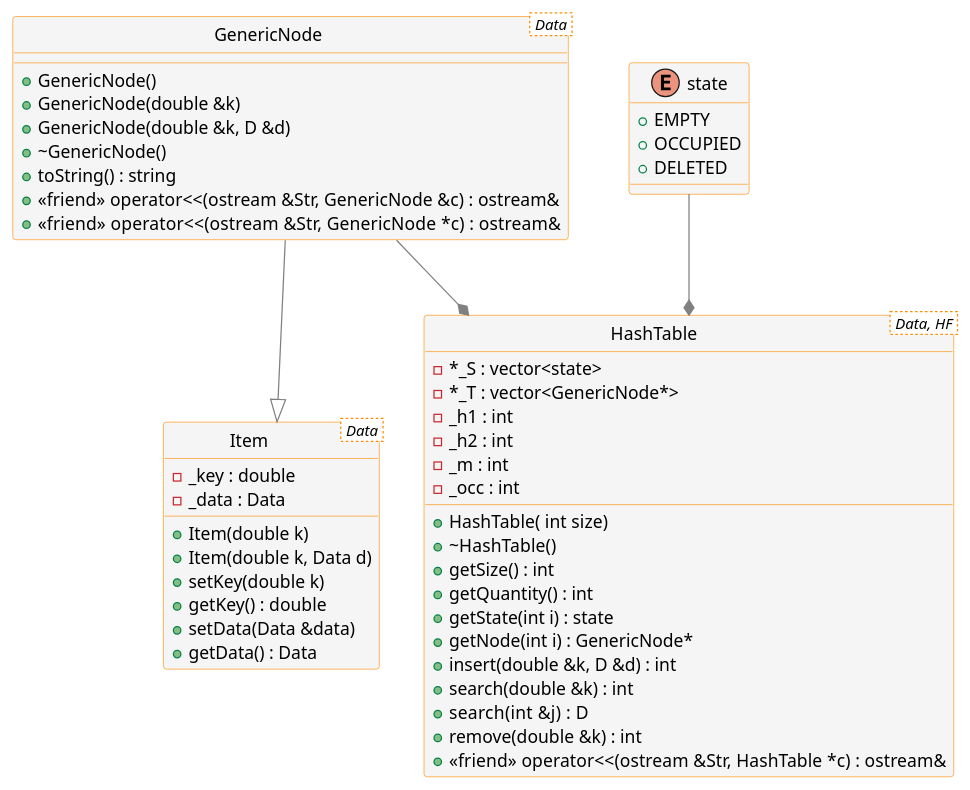
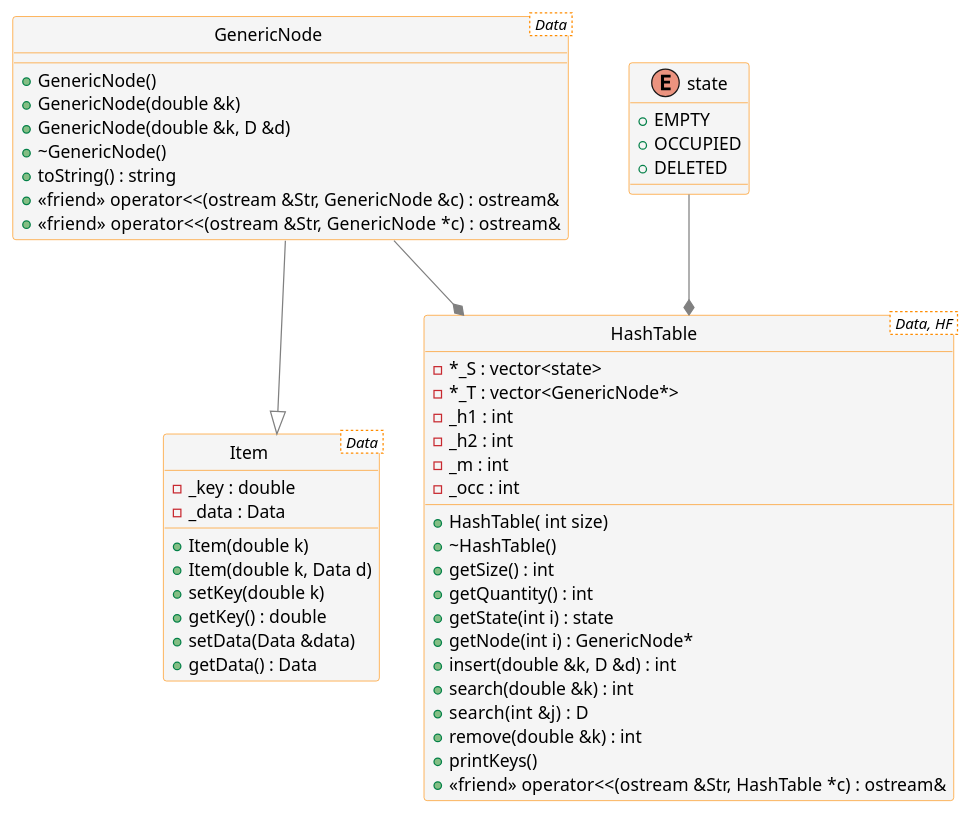
Before and after one commit to vFones/rbhash-galacticgraph: the diagram in rbhash/UML/hash.puml, drawn with PlantUML. The commit also changed 2 other files, not shown here.

```diff
--- a/rbhash/UML/hash.puml
+++ b/rbhash/UML/hash.puml
@@ -1,63 +1,64 @@
 @startuml hash.puml
 
 skinparam class {
 	BackgroundColor WhiteSmoke
 	ArrowColor Grey
 	BorderColor DarkOrange
 }
 hide class circle
 
 class Item < Data > {
   {field} - _key : double
   {field} - _data : Data
 
   + Item(double k)
   + Item(double k, Data d)
   + setKey(double k)
   + getKey() : double
   + setData(Data &data)
   + getData() : Data
 }
 
 class GenericNode < Data > {
   + GenericNode()
   + GenericNode(double &k)
   + GenericNode(double &k, D &d)
   + ~GenericNode()
   + toString() : string
   + <<friend>> operator<<(ostream &Str, GenericNode &c) : ostream& 
   + <<friend>> operator<<(ostream &Str, GenericNode *c) :  ostream& 
 }
 
 enum state {
   + EMPTY
   + OCCUPIED
   + DELETED
 }
 
 class HashTable < Data, HF >{
   {field} - *_S : vector<state>
   {field} - *_T : vector<GenericNode*>
   {field} - _h1 : int
   {field} - _h2 : int
   {field} - _m : int
   {field} - _occ : int
   + HashTable( int size)
   + ~HashTable()
   + getSize() : int 
   + getQuantity() : int 
   + getState(int i) : state 
   + getNode(int i) : GenericNode* 
   + insert(double &k, D &d) : int 
   + search(double &k) : int
   + search(int &j) :  D
   + remove(double &k) : int
+  + printKeys()
   + <<friend>> operator<<(ostream &Str, HashTable *c) : ostream& 
 }
 
 
 Item <|-up- GenericNode
 GenericNode --* HashTable
 state --* HashTable
 
 @enduml
```
